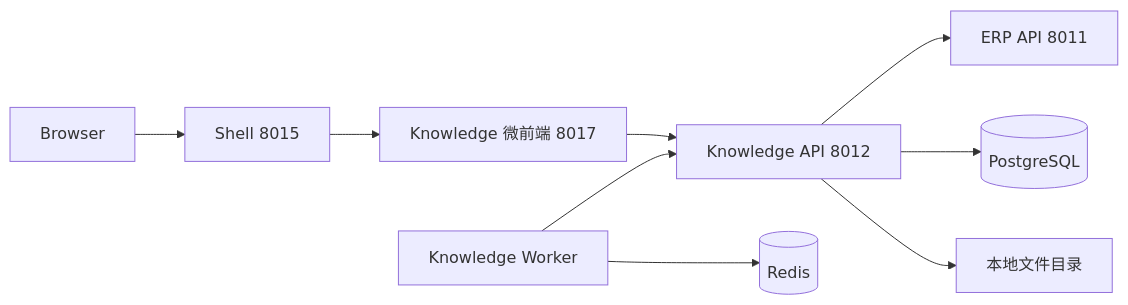
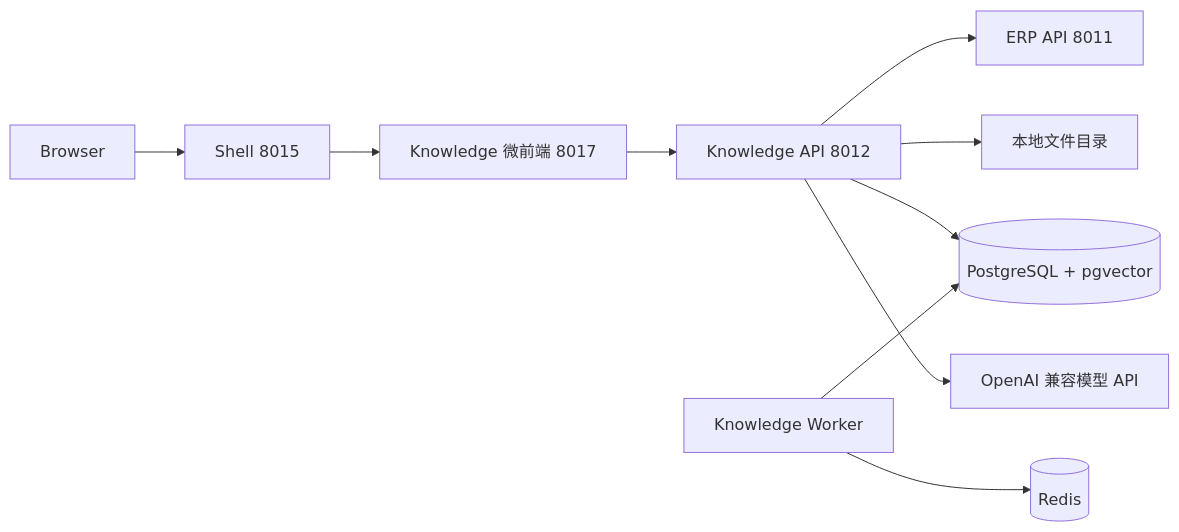
One commit to huochaigg/neorvion-erp changed the diagram in docs/knowledge.md. Above: the diagram before and after it, drawn with Mermaid. The commit also changed other lines of this file and 64 other files, not shown here.

````diff
--- a/docs/knowledge.md
+++ b/docs/knowledge.md
@@ -7,11 +7,12 @@
 ```mermaid
 flowchart LR
   Browser --> Shell[Shell 8015]
   Shell --> KFE[Knowledge 微前端 8017]
   KFE --> KAPI[Knowledge API 8012]
   KAPI --> ERPAPI[ERP API 8011]
-  Worker[Knowledge Worker] --> KAPI
-  Worker --> Redis[(Redis)]
-  KAPI --> PG[(PostgreSQL)]
+  Worker[Knowledge Worker] --> Redis[(Redis)]
+  Worker --> PG[(PostgreSQL + pgvector)]
+  KAPI --> PG
   KAPI --> Disk[本地文件目录]
+  KAPI --> Models[OpenAI 兼容模型 API]
 ```
````
